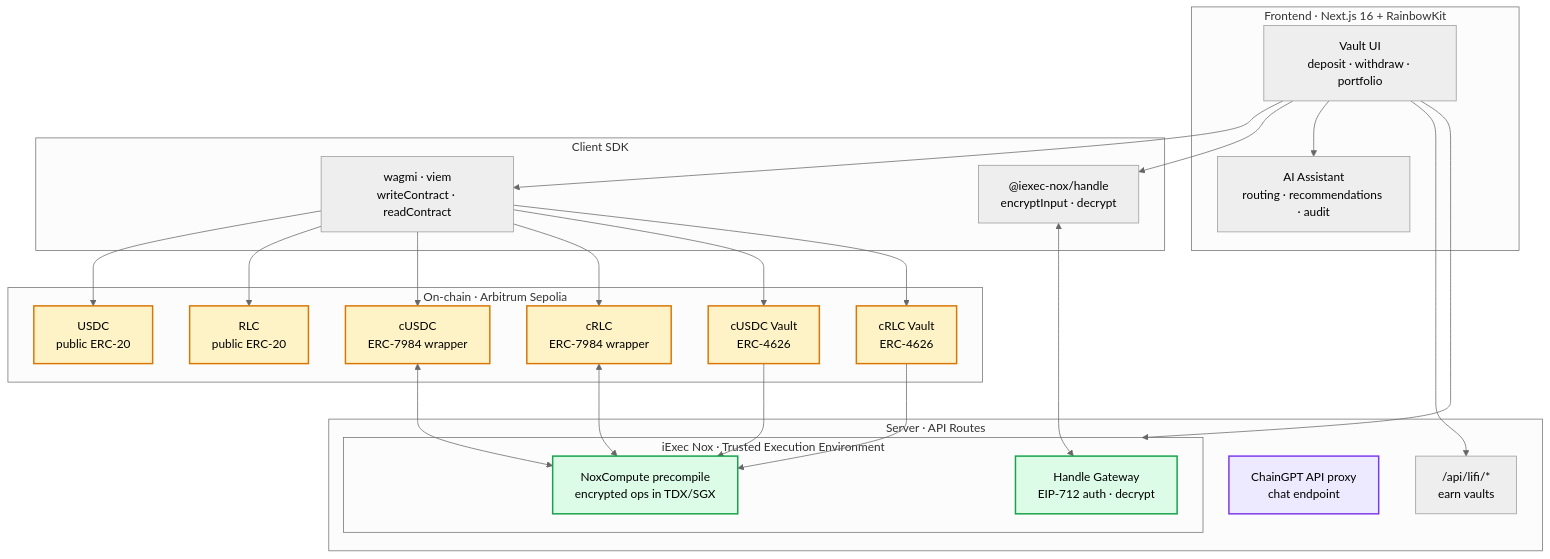
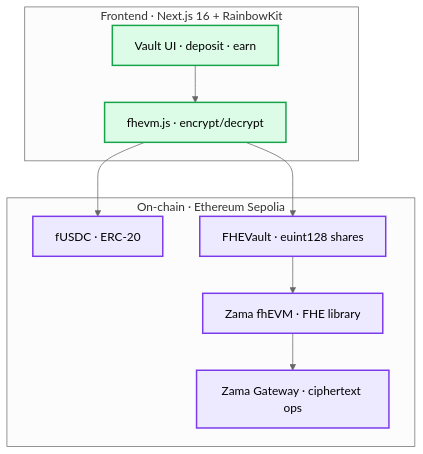
The diagram in README.md (ln-tc999/zMA-main), drawn with Mermaid (neutral theme) before and after one commit. The commit also changed other lines of this file, not shown here.

````diff
--- a/README.md
+++ b/README.md
@@ -89,56 +34,25 @@
 ```mermaid
 flowchart TB
     subgraph Frontend["Frontend · Next.js 16 + RainbowKit"]
-        UI["Vault UI<br/>deposit · withdraw · portfolio"]
-        AI["AI Assistant<br/>routing · recommendations · audit"]
+        UI["Vault UI · deposit · earn"]
+        ZamaSDK["fhevm.js · encrypt/decrypt"]
     end
 
-    subgraph SDK["Client SDK"]
-        Handle["@iexec-nox/handle<br/>encryptInput · decrypt"]
-        Wagmi["wagmi · viem<br/>writeContract · readContract"]
+    subgraph Onchain["On-chain · Ethereum Sepolia"]
+        fUSDC["fUSDC · ERC-20"]
+        FHEVault["FHEVault · euint128 shares"]
+        FHE["Zama fhEVM · FHE library"]
+        Gateway["Zama Gateway · ciphertext ops"]
     end
 
-    subgraph Server["Server · API Routes"]
-        ChainGPT["ChainGPT API proxy<br/>chat endpoint"]
-        Nox["/api/nox/*<br/>vaults, quote, meta, portfolio"]
-        Lifi["/api/lifi/*<br/>earn vaults"]
-    end
+    UI --> ZamaSDK
+    ZamaSDK --> fUSDC
+    ZamaSDK --> FHEVault
+    FHEVault --> FHE
+    FHE --> Gateway
 
-    subgraph Onchain["On-chain · Arbitrum Sepolia"]
-        USDC["USDC<br/>public ERC-20"]
-        RLC["RLC<br/>public ERC-20"]
-        CUSDC["cUSDC<br/>ERC-7984 wrapper"]
-        CRLC["cRLC<br/>ERC-7984 wrapper"]
-        USDCVault["cUSDC Vault<br/>ERC-4626"]
-        RLCVault["cRLC Vault<br/>ERC-4626"]
-    end
-
-    subgraph Nox["iExec Nox · Trusted Execution Environment"]
-        Gateway["Handle Gateway<br/>EIP-712 auth · decrypt"]
-        TEE["NoxCompute precompile<br/>encrypted ops in TDX/SGX"]
-    end
-
-    UI --> Wagmi
-    UI --> Handle
-    UI --> AI
-    UI --> Nox
-    UI --> Lifi
-    Wagmi --> USDC
-    Wagmi --> RLC
-    Wagmi --> CUSDC
-    Wagmi --> CRLC
-    Wagmi --> USDCVault
-    Wagmi --> RLCVault
-    Handle <--> Gateway
-    CUSDC <--> TEE
-    CRLC <--> TEE
-    USDCVault --> TEE
-    RLCVault --> TEE
-
-    classDef chain fill:#FEF3C7,stroke:#D97706,stroke-width:2px
-    classDef nox fill:#DCFCE7,stroke:#16A34A,stroke-width:2px
-classDef ai fill:#EDE9FE,stroke:#7C3AED,stroke-width:2px
-    class USDC,RLC,CUSDC,CRLC,USDCVault,RLCVault chain
-    class Gateway,TEE nox
-    class ChainGPT ai
+    classDef chain fill:#EDE9FE,stroke:#7C3AED,stroke-width:2px
+    classDef sdk fill:#DCFCE7,stroke:#16A34A,stroke-width:2px
+    class fUSDC,FHEVault,FHE,Gateway chain
+    class UI,ZamaSDK sdk
 ```
````
